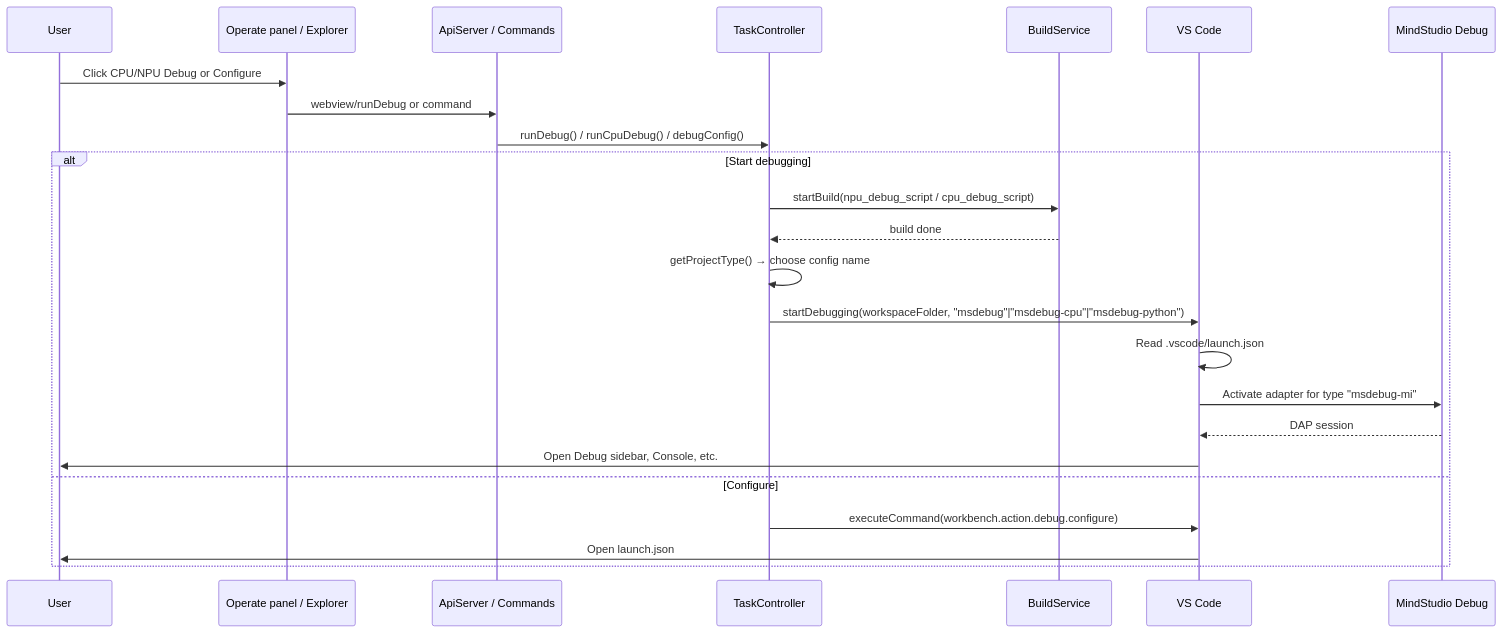
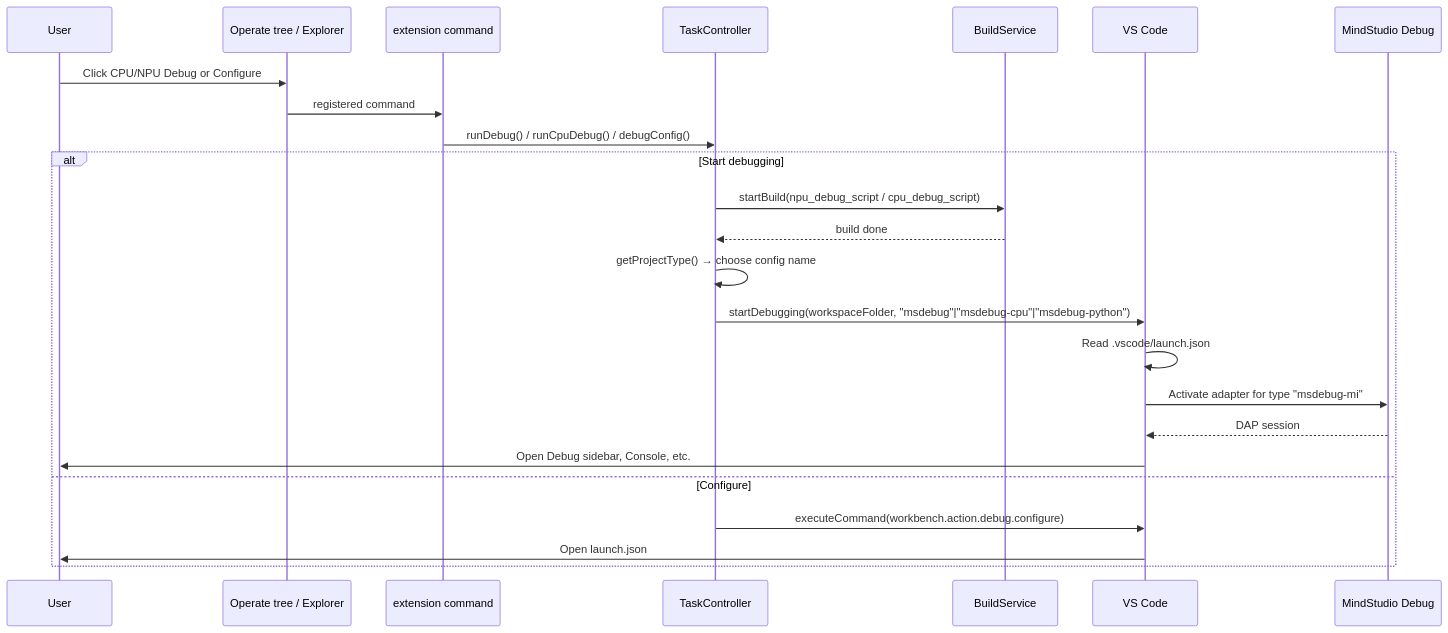
The third of 5 diagrams in docs/debug-integration.md (IdeFrontend/opdev_plugin), drawn with Mermaid before and after one commit. The commit also changed other lines of this file and 74 other files, not shown here.

````diff
--- a/docs/debug-integration.md
+++ b/docs/debug-integration.md
@@ -100,28 +99,28 @@
 ```mermaid
 sequenceDiagram
   participant User
-  participant Webview as Operate panel / Explorer
-  participant Api as ApiServer / Commands
+  participant UI as Operate tree / Explorer
+  participant Cmd as extension command
   participant Task as TaskController
   participant Build as BuildService
   participant VSCode as VS Code
   participant MS as MindStudio Debug
 
-  User->>Webview: Click CPU/NPU Debug or Configure
-  Webview->>Api: webview/runDebug or command
-  Api->>Task: runDebug() / runCpuDebug() / debugConfig()
+  User->>UI: Click CPU/NPU Debug or Configure
+  UI->>Cmd: registered command
+  Cmd->>Task: runDebug() / runCpuDebug() / debugConfig()
 
   alt Start debugging
     Task->>Build: startBuild(npu_debug_script / cpu_debug_script)
     Build-->>Task: build done
     Task->>Task: getProjectType() → choose config name
     Task->>VSCode: startDebugging(workspaceFolder, "msdebug"|"msdebug-cpu"|"msdebug-python")
     VSCode->>VSCode: Read .vscode/launch.json
     VSCode->>MS: Activate adapter for type "msdebug-mi"
     MS-->>VSCode: DAP session
     VSCode->>User: Open Debug sidebar, Console, etc.
   else Configure
     Task->>VSCode: executeCommand(workbench.action.debug.configure)
     VSCode->>User: Open launch.json
   end
 ```
````
